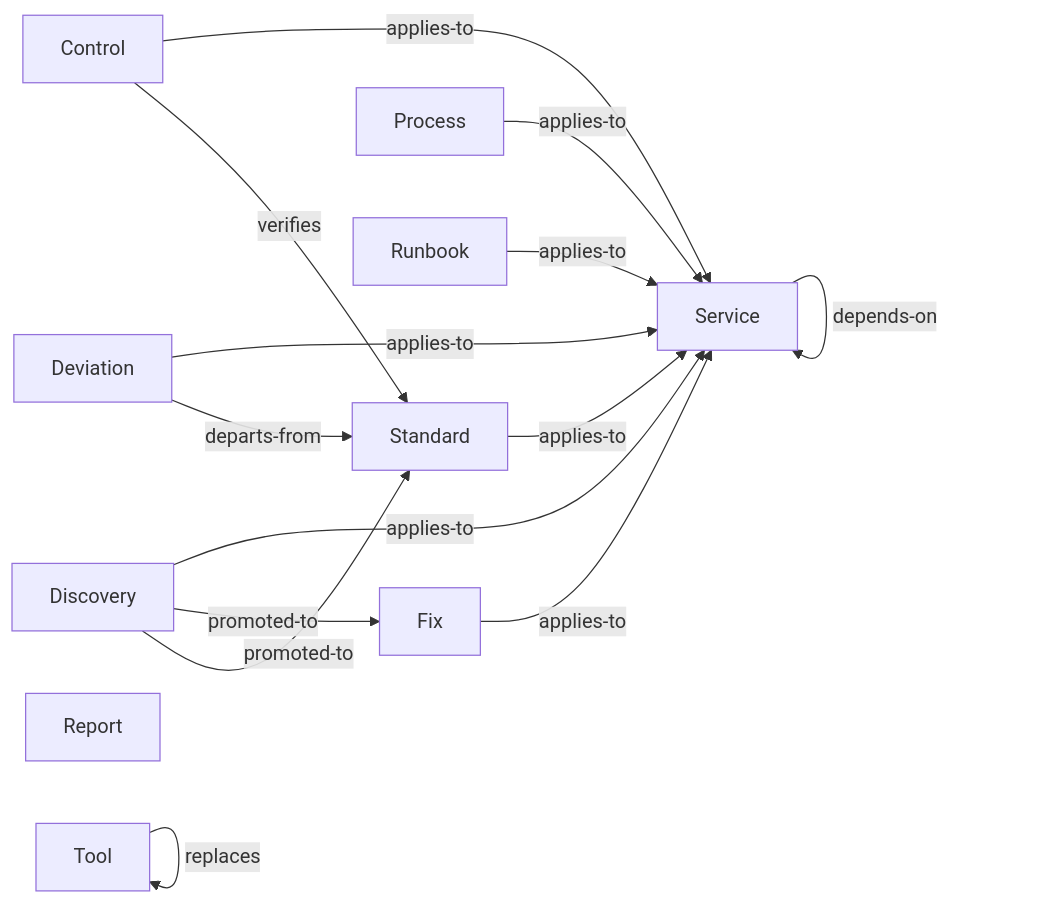
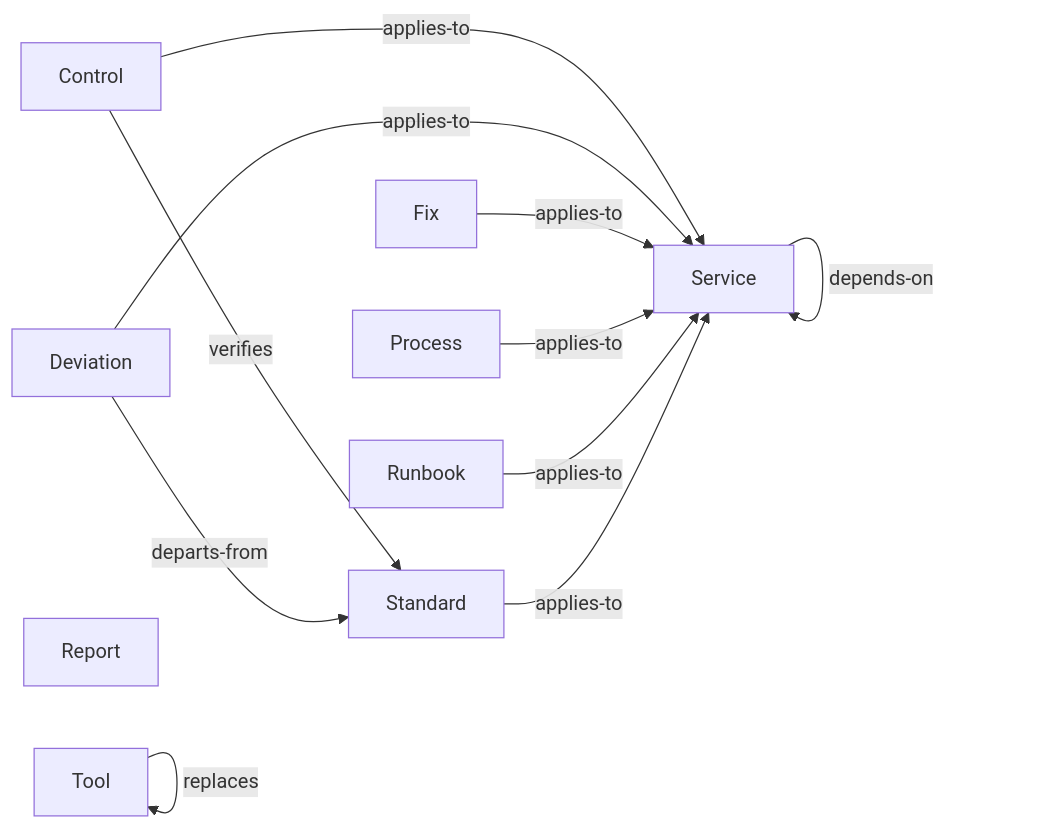
The diagram in examples/dog-fooding/knowledge-as-code/taxonomy.md (paul80nd/knowledge-as-code), drawn with Mermaid before and after one commit. The commit also changed other lines of this file and 100 other files, not shown here.

````diff
--- a/examples/dog-fooding/knowledge-as-code/taxonomy.md
+++ b/examples/dog-fooding/knowledge-as-code/taxonomy.md
@@ -104,26 +95,22 @@
 ```mermaid
 graph LR;
   t_controls[Control];
   t_deviations[Deviation];
-  t_discoveries[Discovery];
   t_fixes[Fix];
   t_processes[Process];
   t_reports[Report];
   t_runbooks[Runbook];
   t_services[Service];
   t_standards[Standard];
   t_tools[Tool];
   t_controls -- applies-to --> t_services;
   t_controls -- verifies --> t_standards;
   t_deviations -- applies-to --> t_services;
   t_deviations -- departs-from --> t_standards;
-  t_discoveries -- applies-to --> t_services;
-  t_discoveries -- promoted-to --> t_fixes;
-  t_discoveries -- promoted-to --> t_standards;
   t_fixes -- applies-to --> t_services;
   t_processes -- applies-to --> t_services;
   t_runbooks -- applies-to --> t_services;
   t_services -- depends-on --> t_services;
   t_standards -- applies-to --> t_services;
   t_tools -- replaces --> t_tools;
 ```
````
